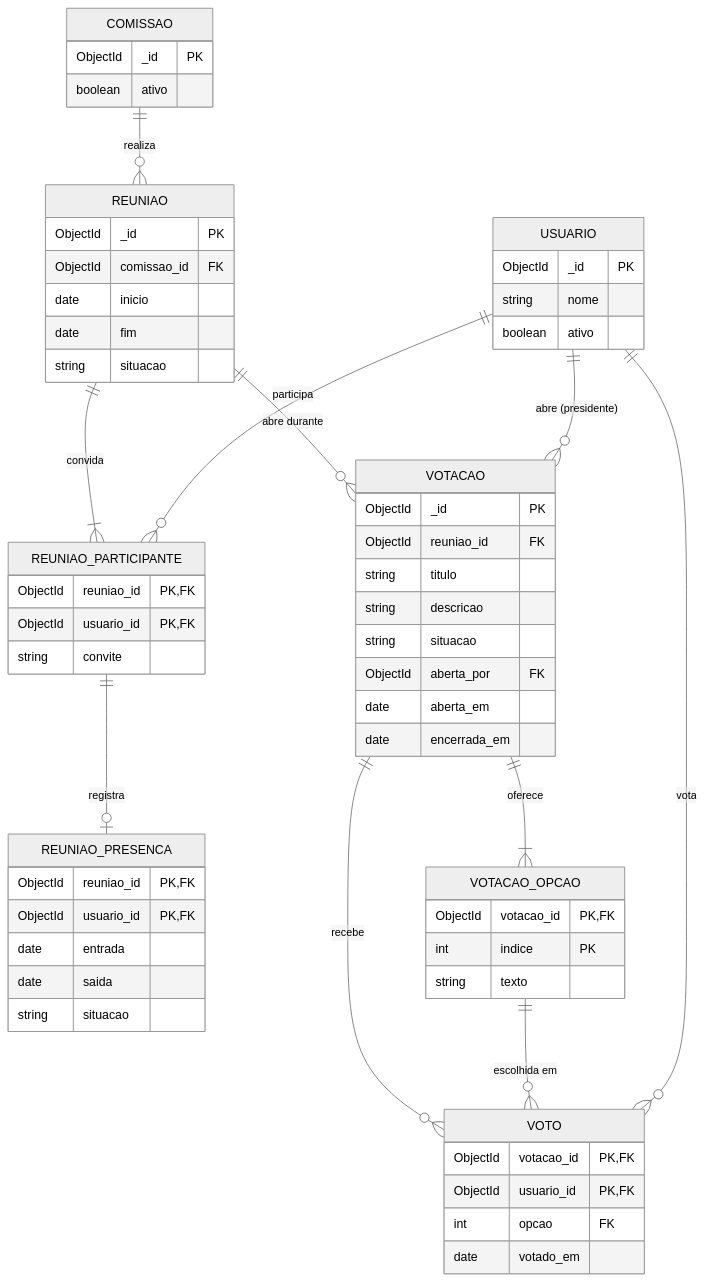
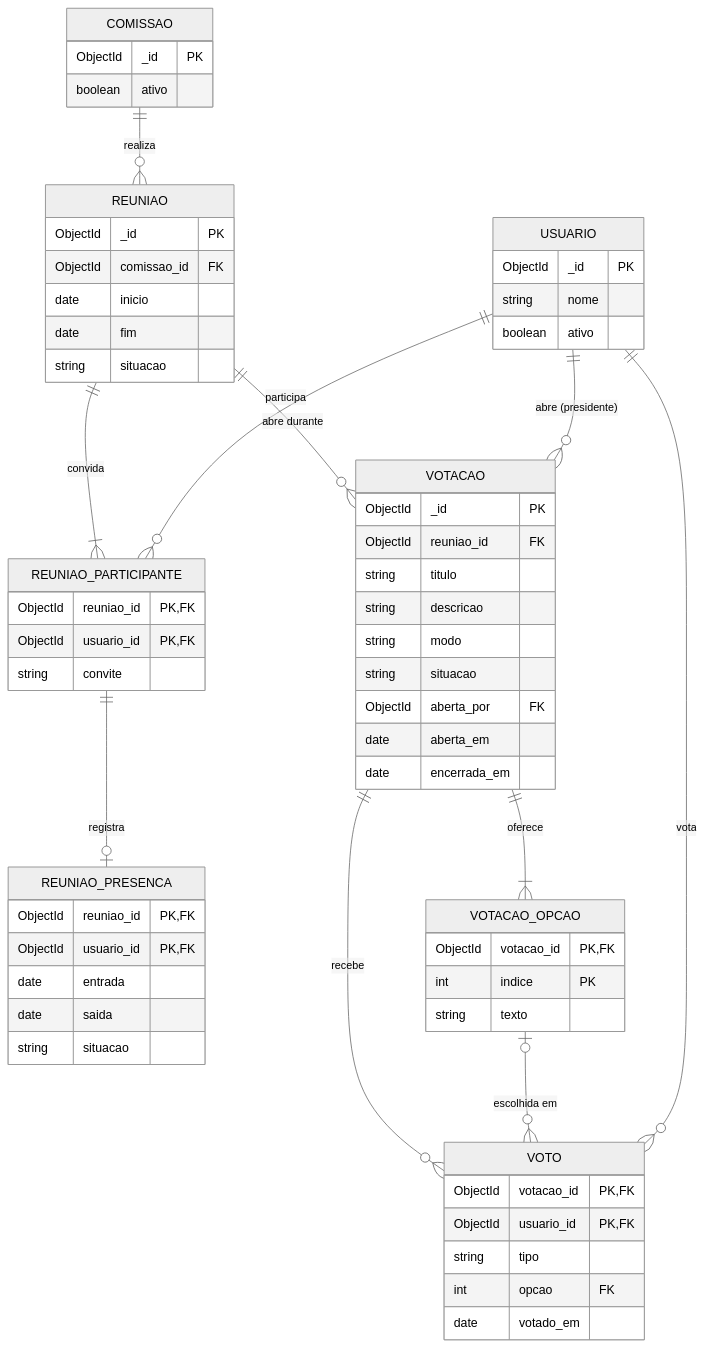
One commit to Conecta-IFSP/DOCUMENTATION changed the diagram in 4 - Incremento 3/votacao/4 - diagrama-relacional-votacao.md. Above: the diagram before and after it, drawn with Mermaid (neutral theme). The commit also changed other lines of this file and 12 other files, not shown here.

````diff
--- a/4 - Incremento 3/votacao/4 - diagrama-relacional-votacao.md
+++ b/4 - Incremento 3/votacao/4 - diagrama-relacional-votacao.md
@@ -11,63 +11,65 @@
 ```mermaid
 erDiagram
     COMISSAO ||--o{ REUNIAO : realiza
     REUNIAO ||--|{ REUNIAO_PARTICIPANTE : convida
     USUARIO ||--o{ REUNIAO_PARTICIPANTE : participa
     REUNIAO_PARTICIPANTE ||--o| REUNIAO_PRESENCA : registra
     REUNIAO ||--o{ VOTACAO : "abre durante"
     USUARIO ||--o{ VOTACAO : "abre (presidente)"
     VOTACAO ||--|{ VOTACAO_OPCAO : oferece
     VOTACAO ||--o{ VOTO : recebe
-    VOTACAO_OPCAO ||--o{ VOTO : "escolhida em"
+    VOTACAO_OPCAO |o--o{ VOTO : "escolhida em"
     USUARIO ||--o{ VOTO : vota
 
     REUNIAO {
         ObjectId _id PK
         ObjectId comissao_id FK
         date inicio
         date fim
         string situacao
     }
     REUNIAO_PARTICIPANTE {
         ObjectId reuniao_id PK,FK
         ObjectId usuario_id PK,FK
         string convite
     }
     REUNIAO_PRESENCA {
         ObjectId reuniao_id PK,FK
         ObjectId usuario_id PK,FK
         date entrada
         date saida
         string situacao
     }
     VOTACAO {
         ObjectId _id PK
         ObjectId reuniao_id FK
         string titulo
         string descricao
+        string modo
         string situacao
         ObjectId aberta_por FK
         date aberta_em
         date encerrada_em
     }
     VOTACAO_OPCAO {
         ObjectId votacao_id PK,FK
         int indice PK
         string texto
     }
     VOTO {
         ObjectId votacao_id PK,FK
         ObjectId usuario_id PK,FK
+        string tipo
         int opcao FK
         date votado_em
     }
     COMISSAO {
         ObjectId _id PK
         boolean ativo
     }
     USUARIO {
         ObjectId _id PK
         string nome
         boolean ativo
     }
 ```
````
